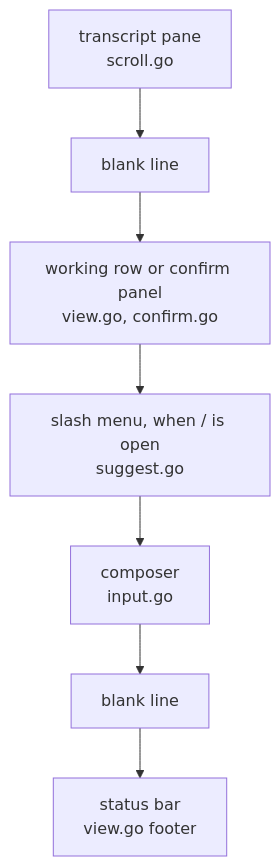
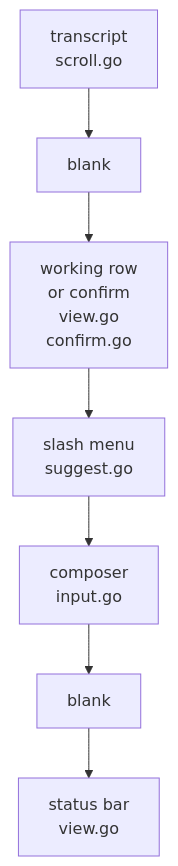
One commit to zyy17/pigo changed the second of 3 diagrams in docs/tui.md. Above: the diagram before and after it, drawn with Mermaid. The commit also changed other lines of this file and 5 other files, not shown here.

First line of the commit message:
docs: fix clipped labels in TUI diagrams

````diff
--- a/docs/tui.md
+++ b/docs/tui.md
@@ -41,11 +41,11 @@
 ```mermaid
 flowchart TB
-    transcript["transcript pane<br/>scroll.go"]
-    gap["blank line"]
-    status["working row or confirm panel<br/>view.go, confirm.go"]
-    menu["slash menu, when / is open<br/>suggest.go"]
+    transcript["transcript<br/>scroll.go"]
+    gap["blank"]
+    status["working row<br/>or confirm<br/>view.go<br/>confirm.go"]
+    menu["slash menu<br/>suggest.go"]
     composer["composer<br/>input.go"]
-    gap2["blank line"]
-    footer["status bar<br/>view.go footer"]
+    gap2["blank"]
+    footer["status bar<br/>view.go"]
     transcript --> gap --> status --> menu --> composer --> gap2 --> footer
 ```
````
